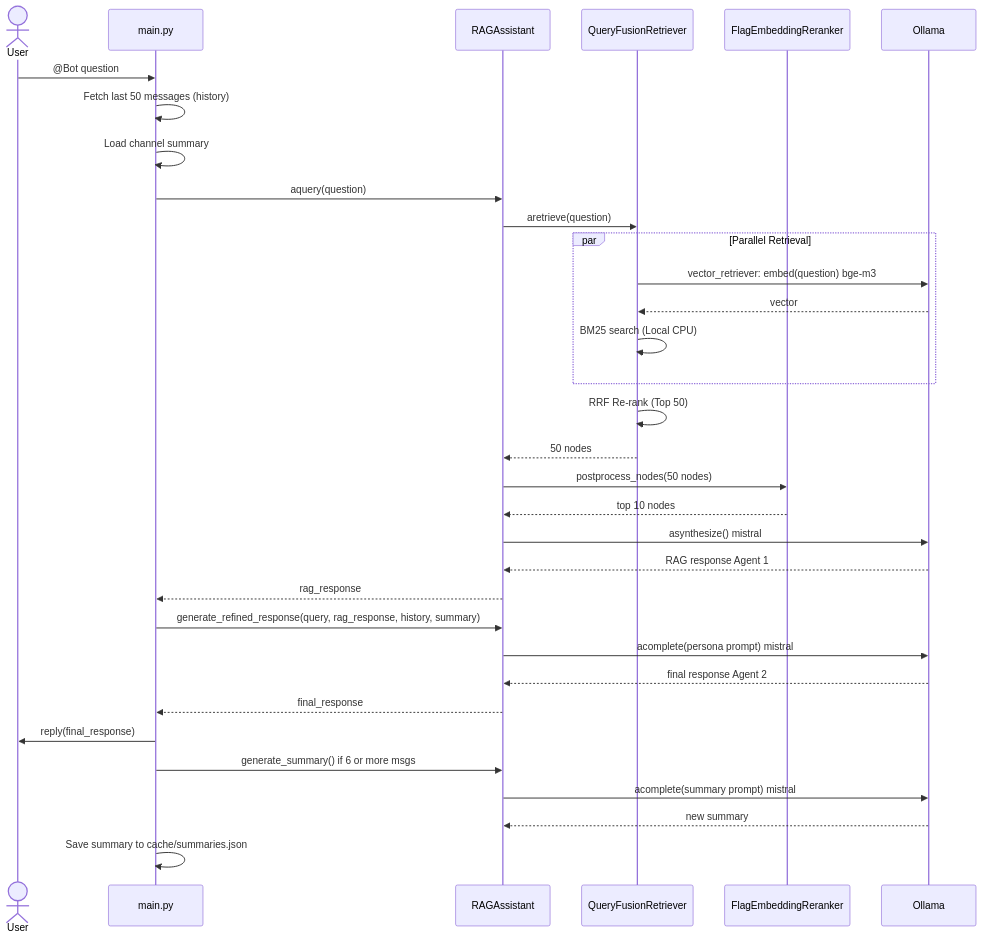
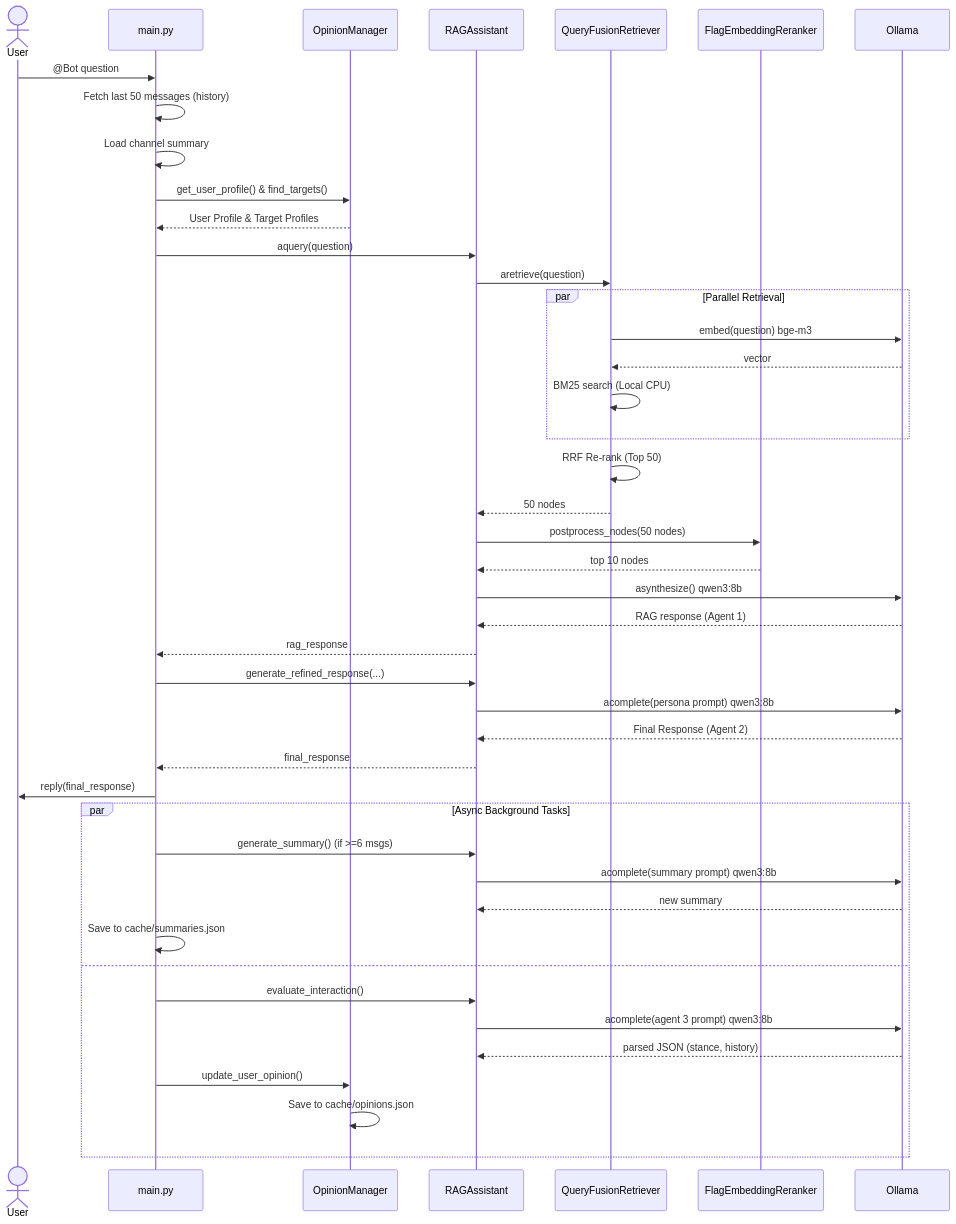
Before and after one commit to vp-1591/discord-assistant: the second of 2 diagrams in architecture.md, drawn with Mermaid. The commit also changed other lines of this file and 2 other files, not shown here.

Commit message:
docs: update Readme and architecture charts

````diff
--- a/architecture.md
+++ b/architecture.md
@@ -104,36 +115,50 @@
 ```mermaid
 sequenceDiagram
     actor User
     participant Bot as main.py
+    participant Opinions as OpinionManager
     participant RAG as RAGAssistant
     participant Fusion as QueryFusionRetriever
     participant Reranker as FlagEmbeddingReranker
     participant Ollama
 
     User->>Bot: @Bot question
     Bot->>Bot: Fetch last 50 messages (history)
     Bot->>Bot: Load channel summary
+    Bot->>Opinions: get_user_profile() & find_targets()
+    Opinions-->>Bot: User Profile & Target Profiles
+    
     Bot->>RAG: aquery(question)
     RAG->>Fusion: aretrieve(question)
     par Parallel Retrieval
-        Fusion->>Ollama: vector_retriever: embed(question) bge-m3
+        Fusion->>Ollama: embed(question) bge-m3
         Ollama-->>Fusion: vector
         Fusion->>Fusion: BM25 search (Local CPU)
     end
     Fusion->>Fusion: RRF Re-rank (Top 50)
     Fusion-->>RAG: 50 nodes
     RAG->>Reranker: postprocess_nodes(50 nodes)
     Reranker-->>RAG: top 10 nodes
-    RAG->>Ollama: asynthesize() mistral
-    Ollama-->>RAG: RAG response Agent 1
+    RAG->>Ollama: asynthesize() qwen3:8b
+    Ollama-->>RAG: RAG response (Agent 1)
     RAG-->>Bot: rag_response
-    Bot->>RAG: generate_refined_response(query, rag_response, history, summary)
-    RAG->>Ollama: acomplete(persona prompt) mistral
-    Ollama-->>RAG: final response Agent 2
+    
+    Bot->>RAG: generate_refined_response(...)
+    RAG->>Ollama: acomplete(persona prompt) qwen3:8b
+    Ollama-->>RAG: Final Response (Agent 2)
     RAG-->>Bot: final_response
     Bot->>User: reply(final_response)
-    Bot->>RAG: generate_summary() if 6 or more msgs
-    RAG->>Ollama: acomplete(summary prompt) mistral
-    Ollama-->>RAG: new summary
-    Bot->>Bot: Save summary to cache/summaries.json
+    
+    par Async Background Tasks
+        Bot->>RAG: generate_summary() (if >=6 msgs)
+        RAG->>Ollama: acomplete(summary prompt) qwen3:8b
+        Ollama-->>RAG: new summary
+        Bot->>Bot: Save to cache/summaries.json
+    and
+        Bot->>RAG: evaluate_interaction()
+        RAG->>Ollama: acomplete(agent 3 prompt) qwen3:8b
+        Ollama-->>RAG: parsed JSON (stance, history)
+        Bot->>Opinions: update_user_opinion()
+        Opinions->>Opinions: Save to cache/opinions.json
+    end
 ```
````
